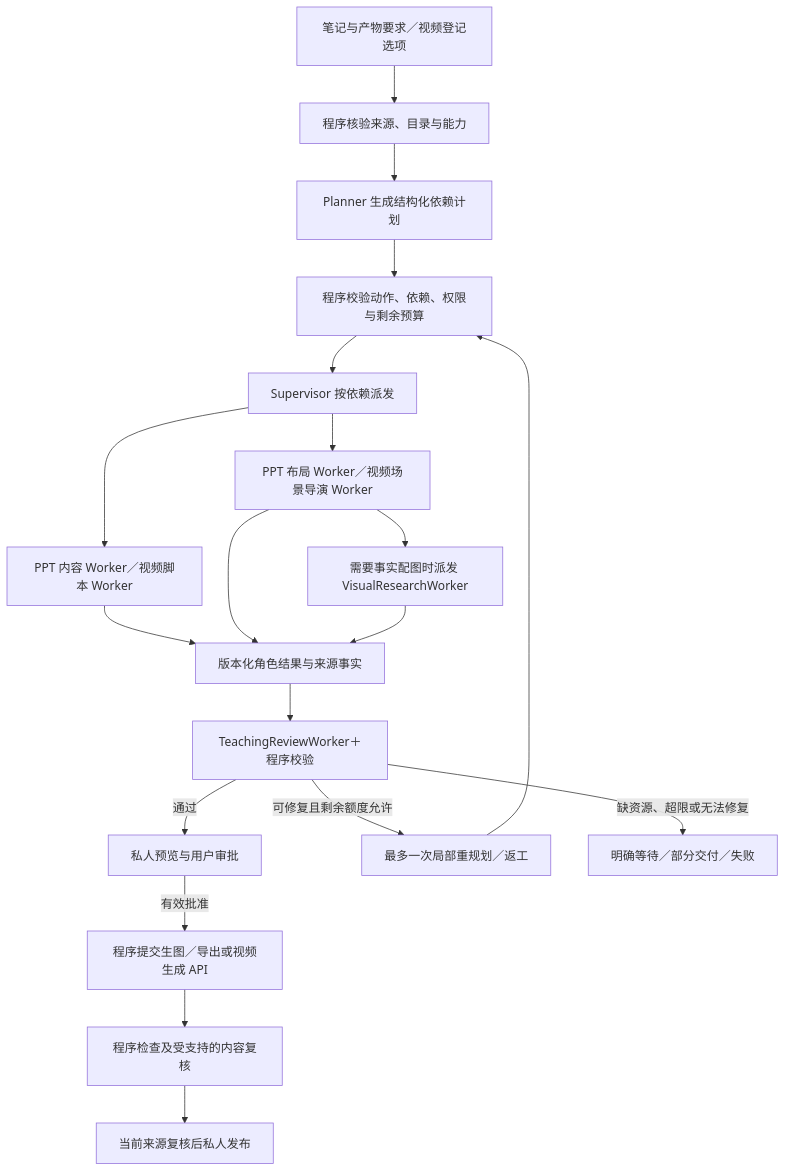
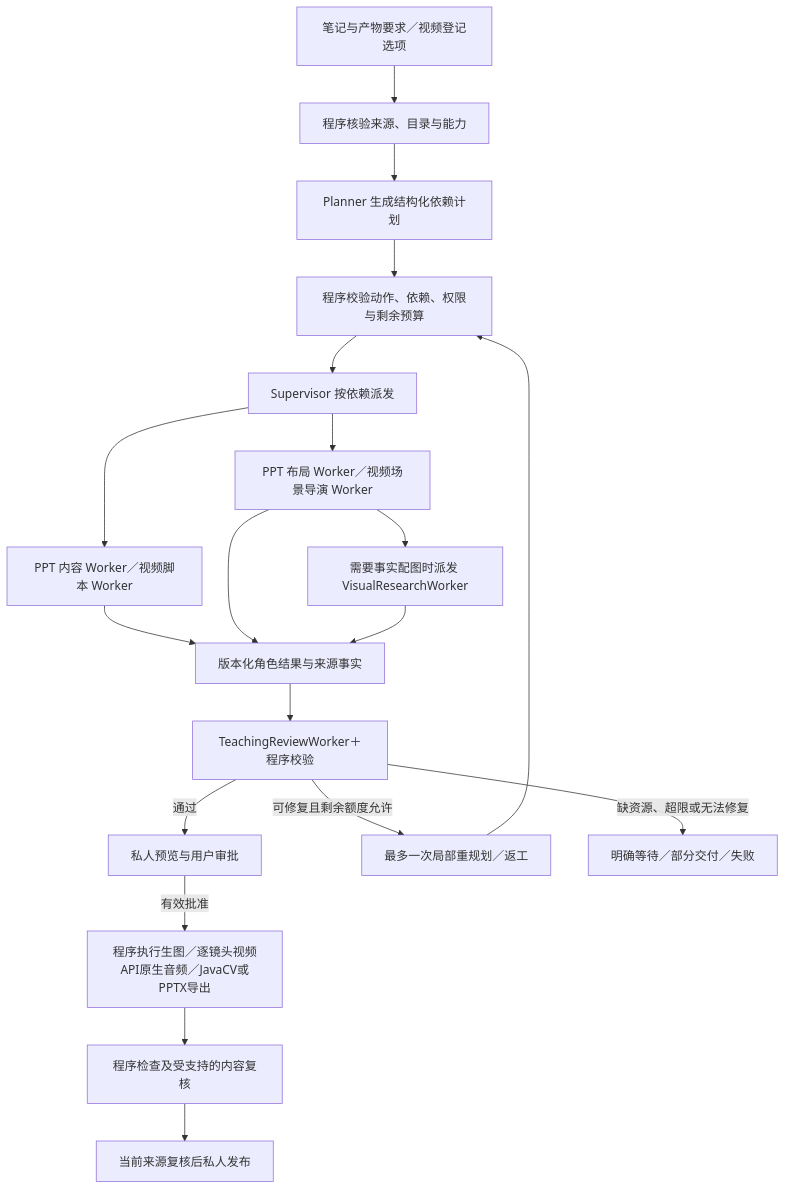
Before and after one commit to cetear/Novid: the fourth of 5 diagrams in AI模型应用开发学习验证项目架构.md, drawn with Mermaid. The commit also changed other lines of this file and 66 other files, not shown here.

````diff
--- a/AI模型应用开发学习验证项目架构.md
+++ b/AI模型应用开发学习验证项目架构.md
@@ -641,21 +644,21 @@
 ```mermaid
 flowchart TD
     INPUT[笔记与产物要求／视频登记选项] --> PREP[程序核验来源、目录与能力]
     PREP --> PLAN[Planner 生成结构化依赖计划]
     PLAN --> VALIDATE[程序校验动作、依赖、权限与剩余预算]
     VALIDATE --> SUP[Supervisor 按依赖派发]
     SUP --> CONTENT[PPT 内容 Worker／视频脚本 Worker]
     SUP --> DESIGN[PPT 布局 Worker／视频场景导演 Worker]
     DESIGN --> VISUAL[需要事实配图时派发 VisualResearchWorker]
     CONTENT --> FACTS[版本化角色结果与来源事实]
     DESIGN --> FACTS
     VISUAL --> FACTS
     FACTS --> REVIEW[TeachingReviewWorker＋程序校验]
     REVIEW -->|通过| PREVIEW[私人预览与用户审批]
     REVIEW -->|可修复且剩余额度允许| REPLAN[最多一次局部重规划／返工]
     REPLAN --> VALIDATE
     REVIEW -->|缺资源、超限或无法修复| STOP[明确等待／部分交付／失败]
-    PREVIEW -->|有效批准| EXEC[程序提交生图／导出或视频生成 API]
+    PREVIEW -->|有效批准| EXEC[程序执行生图／逐镜头视频API原生音频／JavaCV或PPTX导出]
     EXEC --> CHECK[程序检查及受支持的内容复核]
     CHECK --> PUBLISH[当前来源复核后私人发布]
 ```
````
